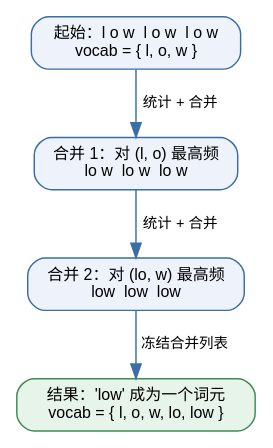
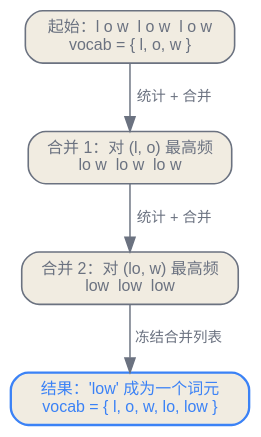
One commit to latere-ai/ai-as-an-infrastructure changed the first of 2 diagrams in zh/p1-foundations/05-tokenization.qmd. Above: the diagram before and after it, drawn with Graphviz. The commit also changed other lines of this file and 186 other files, not shown here.

First line of the commit message:
book: visual audit pass on all diagrams and figures

````diff
--- a/zh/p1-foundations/05-tokenization.qmd
+++ b/zh/p1-foundations/05-tokenization.qmd
@@ -54,18 +54,19 @@
 ```{dot}
 //| label: fig-tokenization-bpe-merge
 //| fig-cap: "BPE 训练即反复的贪心合并。每一轮统计相邻对、把最高频的一对合并为新符号、并追加到合并列表。常见序列坍缩为单个词元。仿 Sennrich 等（2015）。"
 digraph bpe {
+  bgcolor="transparent";
   rankdir=TB;
-  node [shape=box, fontname="Helvetica", fontsize=11, style="rounded,filled", fillcolor="#eef3fb", color="#3b6ea5"];
-  edge [fontname="Helvetica", fontsize=10, color="#3b6ea5"];
+  node [shape=box, fontname="Helvetica", fontsize=11, style="rounded,filled", fillcolor="#f1ece1", color="#6b7280", fontcolor="#6b7280", penwidth=1.1];
+  edge [fontname="Helvetica", fontsize=10, color="#6b7280", fontcolor="#6b7280"];
 
   s0 [label="起始：l o w  l o w  l o w\nvocab = { l, o, w }"];
   s1 [label="合并 1：对 (l, o) 最高频\nlo w  lo w  lo w"];
   s2 [label="合并 2：对 (lo, w) 最高频\nlow  low  low"];
-  s3 [label="结果：'low' 成为一个词元\nvocab = { l, o, w, lo, low }", fillcolor="#e7f4ea", color="#3f8a55"];
+  s3 [label="结果：'low' 成为一个词元\nvocab = { l, o, w, lo, low }", color="#3b82f6", fontcolor="#3b82f6", penwidth=1.6];
 
   s0 -> s1 [label="  统计 + 合并"];
   s1 -> s2 [label="  统计 + 合并"];
   s2 -> s3 [label="  冻结合并列表"];
 }
 ```
````
